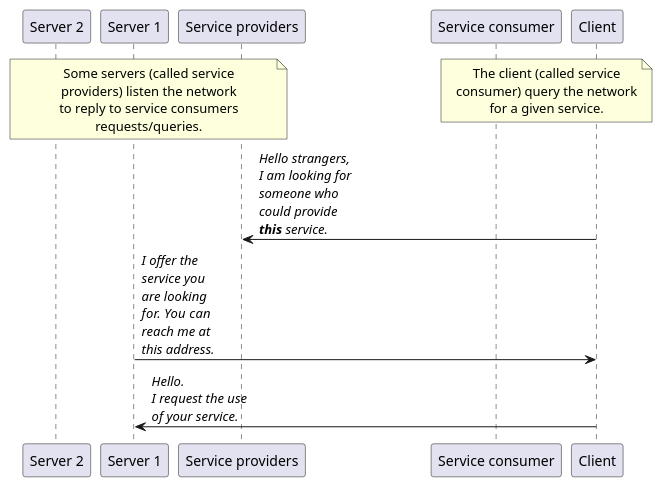
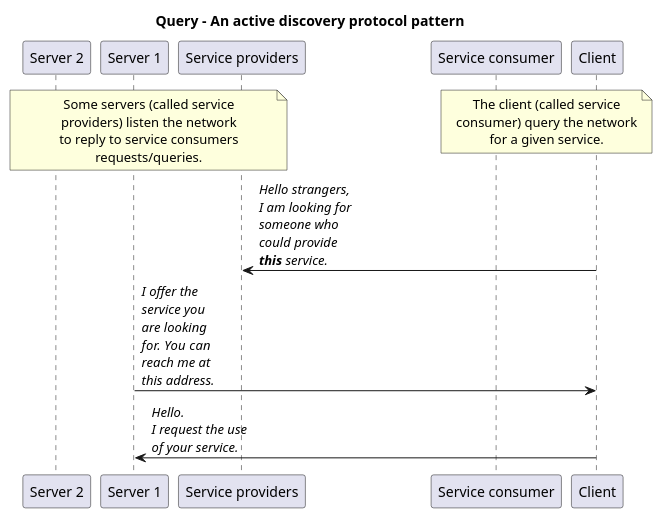
One commit to heig-vd-dai-course/heig-vd-dai-course changed the diagram in 17-java-udp-programming/images/service-discovery-protocols-query.plantuml. Above: the diagram before and after it, drawn with PlantUML. The commit also changed 7 other files, not shown here.

```diff
--- a/17-java-udp-programming/images/service-discovery-protocols-query.plantuml
+++ b/17-java-udp-programming/images/service-discovery-protocols-query.plantuml
@@ -1,28 +1,30 @@
 @startuml query
 skinparam noteTextAlignment center
+
+title "Query - An active discovery protocol pattern"
 
 participant "Server 2" as server2
 participant "Server 1" as server1
 participant "Service providers" as providers
 participant "Service consumer" as consumer
 participant "Client" as client
 
 note over server2, providers
 Some servers (called service
 providers) listen the network
 to reply to service consumers
 requests/queries.
 end note
 
 / note over consumer, client
 The client (called service
 consumer) query the network
 for a given service.
 end note
 
 client -> providers: <i>Hello strangers,</i>\n<i>I am looking for</i>\n<i>someone who</i>\n<i>could provide</i>\n<i><b>this</b> service.</i>
 
 server1 -> client: <i>I offer the</i>\n<i>service you</i>\n<i>are looking</i>\n<i>for. You can</i>\n<i>reach me at</i>\n<i>this address.</i>
 
 client -> server1: <i>Hello.</i>\n<i>I request the use</i>\n<i>of your service.</i>
 @enduml
```
